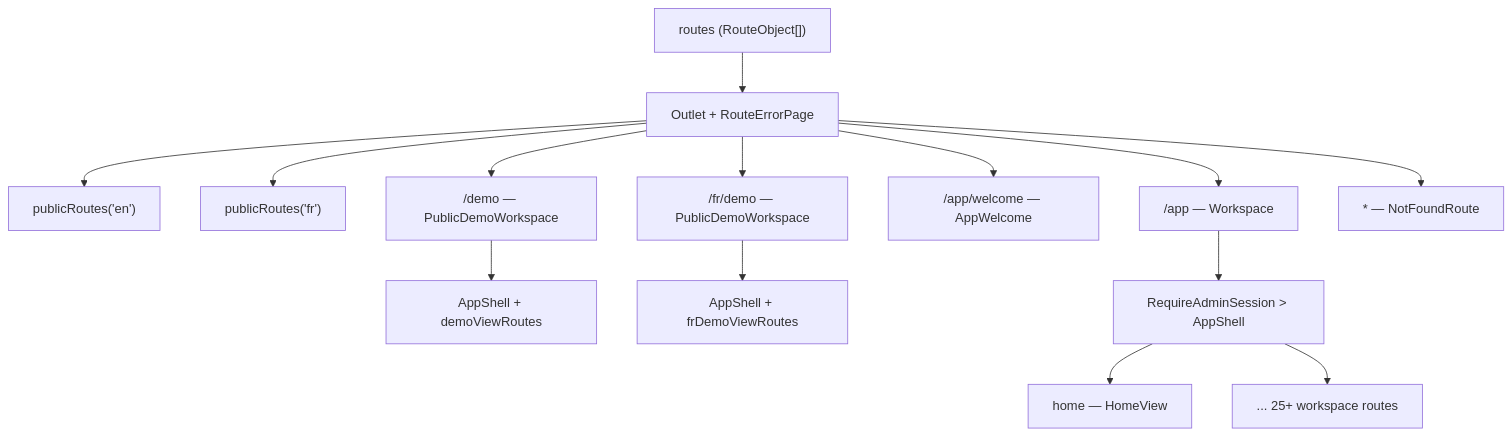
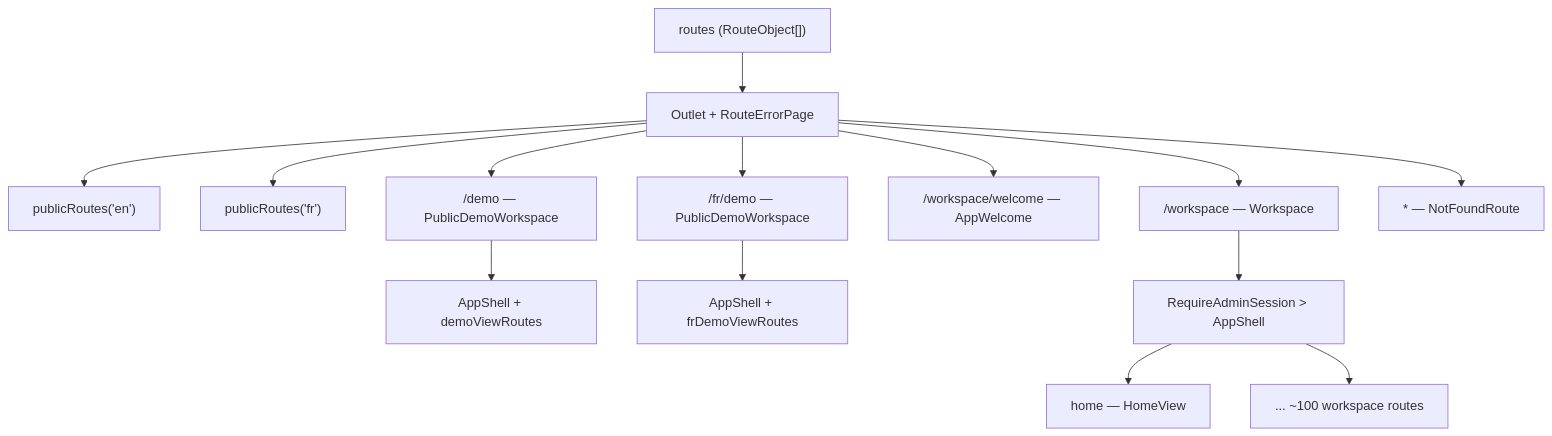
One commit to Dutiva-Canada/Dutiva_Web changed the first of 4 diagrams in docs/wiki/Routing-Code-Splitting.md. Above: the diagram before and after it, drawn with Mermaid. The commit also changed other lines of this file and 107 other files, not shown here.

````diff
--- a/docs/wiki/Routing-Code-Splitting.md
+++ b/docs/wiki/Routing-Code-Splitting.md
@@ -33,18 +33,18 @@
 ```mermaid
 graph TD
     Root["routes (RouteObject[])"] --> ErrBoundary["Outlet + RouteErrorPage"]
     ErrBoundary --> PublicEN["publicRoutes('en')"]
     ErrBoundary --> PublicFR["publicRoutes('fr')"]
     ErrBoundary --> DemoEN["/demo — PublicDemoWorkspace"]
     ErrBoundary --> DemoFR["/fr/demo — PublicDemoWorkspace"]
-    ErrBoundary --> Welcome["/app/welcome — AppWelcome"]
-    ErrBoundary --> AppRoot["/app — Workspace"]
+    ErrBoundary --> Welcome["/workspace/welcome — AppWelcome"]
+    ErrBoundary --> AppRoot["/workspace — Workspace"]
     ErrBoundary --> NotFound["* — NotFoundRoute"]
 
     DemoEN --> DemoShell["AppShell + demoViewRoutes"]
     DemoFR --> DemoShellFR["AppShell + frDemoViewRoutes"]
 
     AppRoot --> AppShell["RequireAdminSession > AppShell"]
     AppShell --> HomeView["home — HomeView"]
-    AppShell --> MoreViews["... 25+ workspace routes"]
+    AppShell --> MoreViews["... ~100 workspace routes"]
 ```
````
